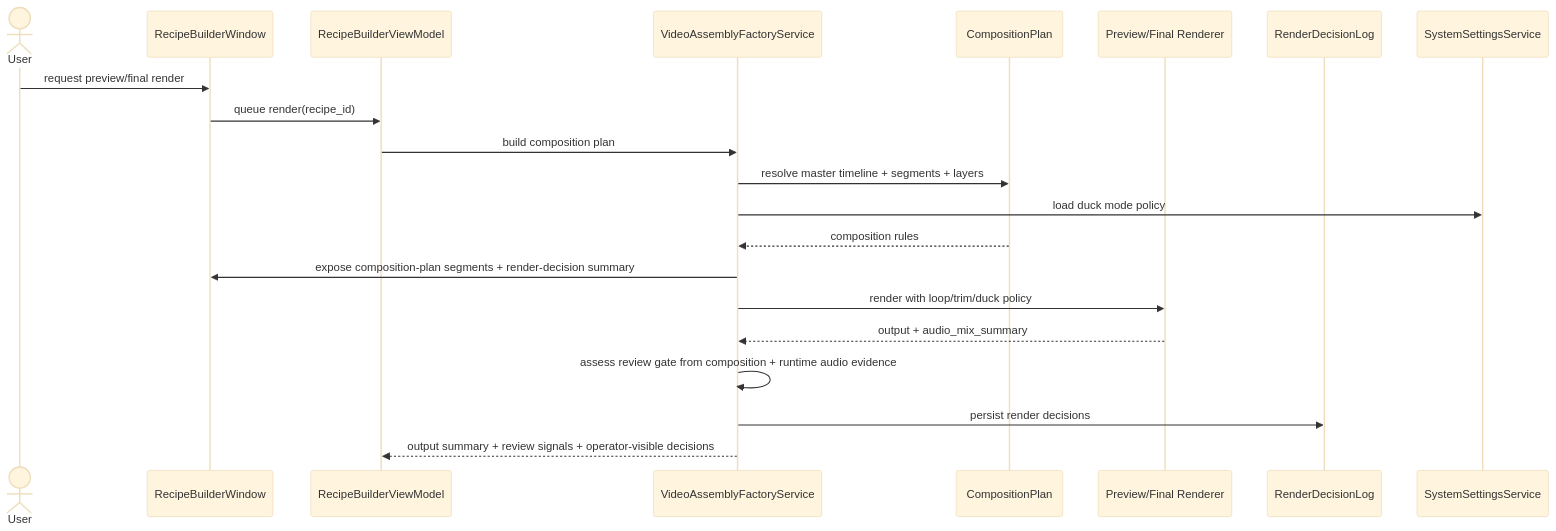
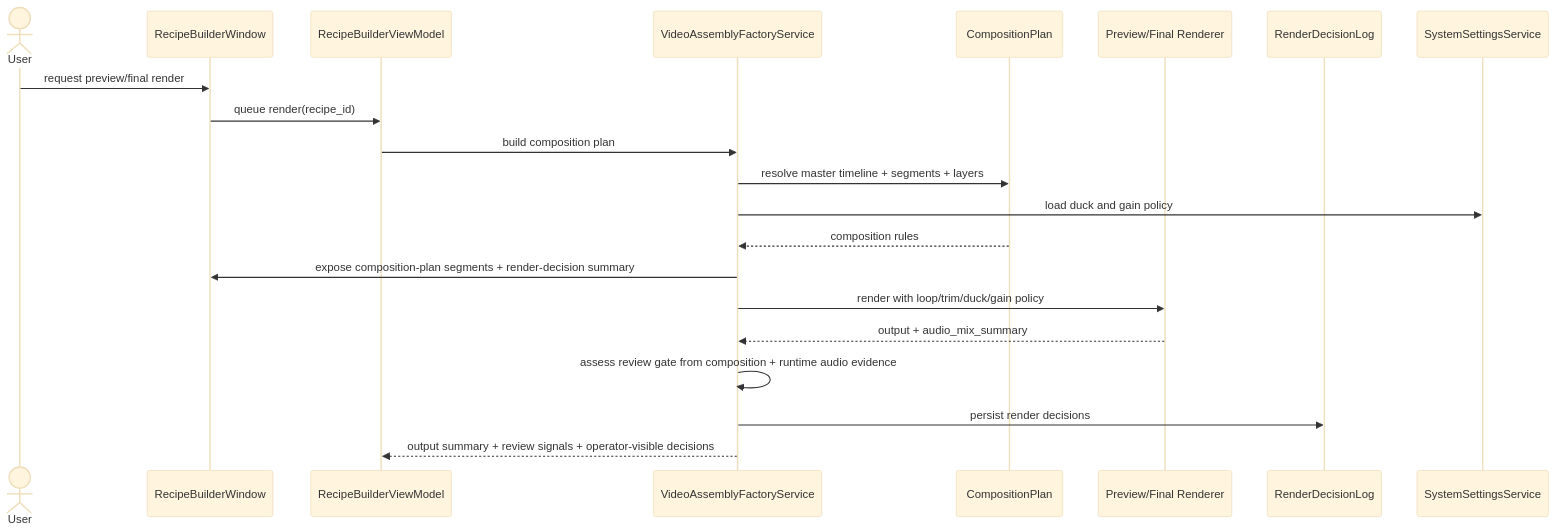
Before and after one commit to idev006/MTClipFactory: diagram 14 of 14 in doc/10_UML_System_Overview.md, drawn with Mermaid (base theme). The commit also changed other lines of this file and 22 other files, not shown here.

````diff
--- a/doc/10_UML_System_Overview.md
+++ b/doc/10_UML_System_Overview.md
@@ -565,24 +567,24 @@
 ```mermaid
 sequenceDiagram
     actor User
     participant View as RecipeBuilderWindow
     participant VM as RecipeBuilderViewModel
     participant Factory as VideoAssemblyFactoryService
     participant Plan as CompositionPlan
     participant Render as Preview/Final Renderer
     participant Audit as RenderDecisionLog
     participant Settings as SystemSettingsService
 
     User->>View: request preview/final render
     View->>VM: queue render(recipe_id)
     VM->>Factory: build composition plan
     Factory->>Plan: resolve master timeline + segments + layers
-    Factory->>Settings: load duck mode policy
+    Factory->>Settings: load duck and gain policy
     Plan-->>Factory: composition rules
     Factory->>View: expose composition-plan segments + render-decision summary
-    Factory->>Render: render with loop/trim/duck policy
+    Factory->>Render: render with loop/trim/duck/gain policy
     Render-->>Factory: output + audio_mix_summary
     Factory->>Factory: assess review gate from composition + runtime audio evidence
     Factory->>Audit: persist render decisions
     Factory-->>VM: output summary + review signals + operator-visible decisions
 ```
````
